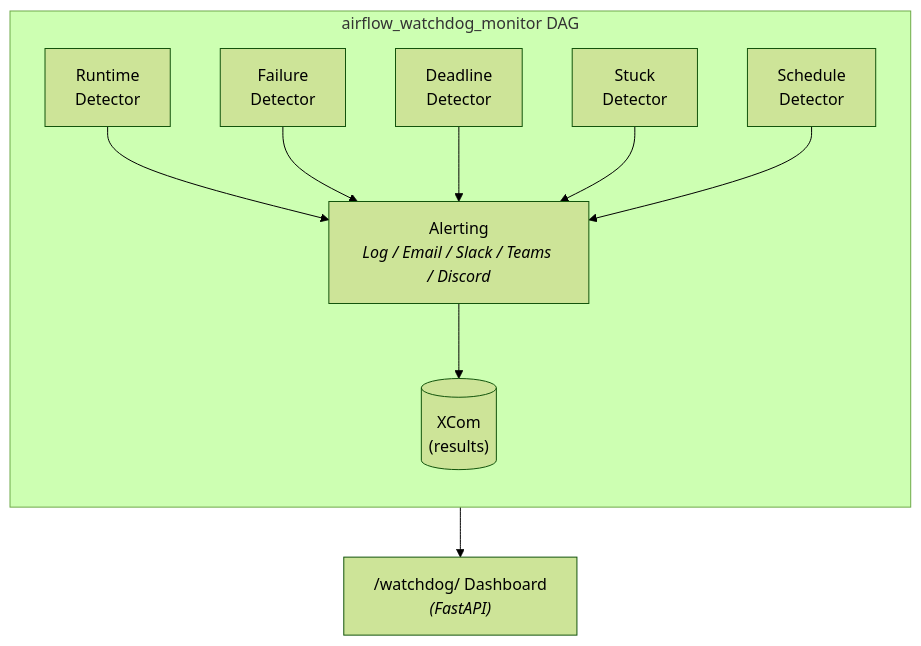
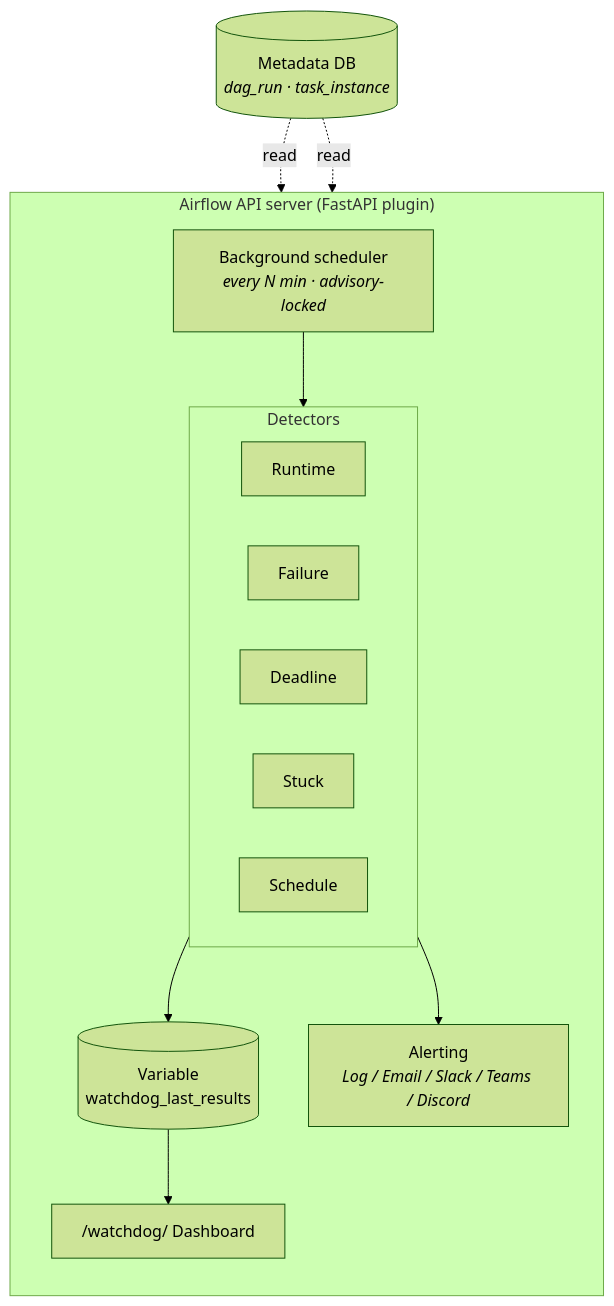
One commit to Redevil10/airflow-provider-watchdog changed the diagram in README.md. Above: the diagram before and after it, drawn with Mermaid (forest theme). The commit also changed other lines of this file and 18 other files, not shown here.

First line of the commit message:
refactor to use api server for meta db access, and rename to plugin (#3)

````diff
--- a/README.md
+++ b/README.md
@@ -107,23 +109,23 @@
 ```mermaid
 flowchart TD
-    subgraph dag["airflow_watchdog_monitor DAG"]
+    subgraph api["Airflow API server (FastAPI plugin)"]
         direction TB
-        runtime["Runtime<br/>Detector"]
-        failure["Failure<br/>Detector"]
-        deadline["Deadline<br/>Detector"]
-        stuck["Stuck<br/>Detector"]
-        schedule["Schedule<br/>Detector"]
+        timer["Background scheduler<br/><i>every N min · advisory-locked</i>"]
 
-        runtime --> alerting
-        failure --> alerting
-        deadline --> alerting
-        stuck --> alerting
-        schedule --> alerting
+        subgraph det["Detectors"]
+            runtime["Runtime"]
+            failure["Failure"]
+            deadline["Deadline"]
+            stuck["Stuck"]
+            schedule["Schedule"]
+        end
 
-        alerting["Alerting<br/><i>Log / Email / Slack / Teams / Discord</i>"]
-        xcom[("XCom<br/>(results)")]
-        alerting --> xcom
+        timer --> det
+        det --> alerting["Alerting<br/><i>Log / Email / Slack / Teams / Discord</i>"]
+        det --> var[("Variable<br/>watchdog_last_results")]
+        var --> dashboard["/watchdog/ Dashboard"]
     end
 
-    xcom --> dashboard["/watchdog/ Dashboard<br/><i>(FastAPI)</i>"]
+    db[("Metadata DB<br/><i>dag_run · task_instance</i>")] -.read.-> det
+    db -.read.-> dashboard
 ```
````
